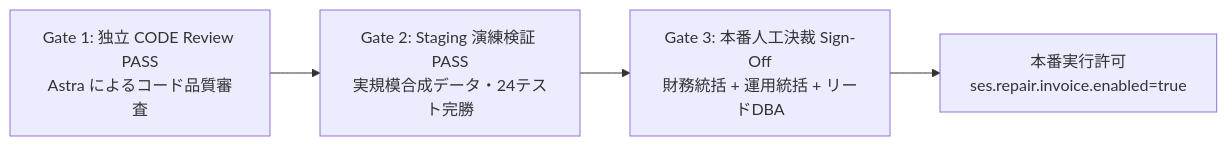
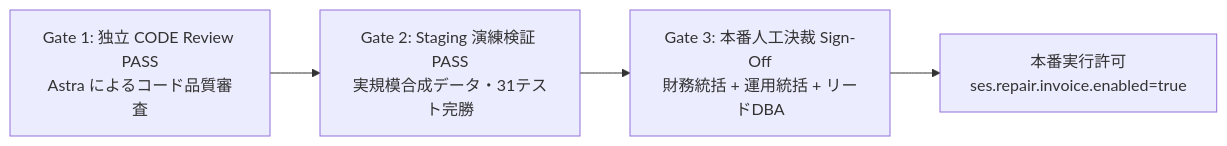
One commit to satoshi2024/ses-manager-pro changed the second of 2 diagrams in .kiro/specs/asset-account-license-lifecycle/v182-repair-executor-boundary-a-plan.md. Above: the diagram before and after it, drawn with Mermaid. The commit also changed other lines of this file and 1 other file, not shown here.

````diff
--- a/.kiro/specs/asset-account-license-lifecycle/v182-repair-executor-boundary-a-plan.md
+++ b/.kiro/specs/asset-account-license-lifecycle/v182-repair-executor-boundary-a-plan.md
@@ -511,6 +585,6 @@
 ```mermaid
 flowchart LR
-    G1[Gate 1: 独立 CODE Review PASS<br/>Astra によるコード品質審査] --> G2[Gate 2: Staging 演練検証 PASS<br/>実規模合成データ・24テスト完勝]
+    G1[Gate 1: 独立 CODE Review PASS<br/>Astra によるコード品質審査] --> G2[Gate 2: Staging 演練検証 PASS<br/>実規模合成データ・31テスト完勝]
     G2 --> G3[Gate 3: 本番人工決裁 Sign-Off<br/>財務統括 + 運用統括 + リードDBA]
     G3 --> ProdEnable[本番実行許可<br/>ses.repair.invoice.enabled=true]
 ```
````
